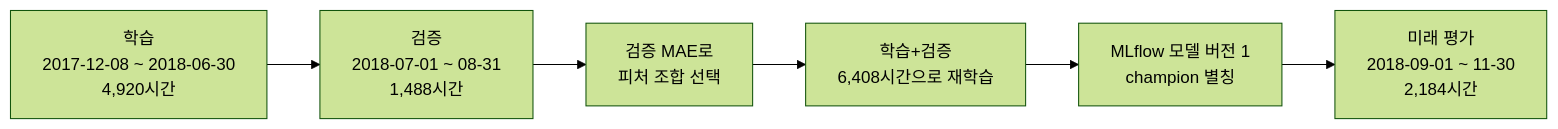
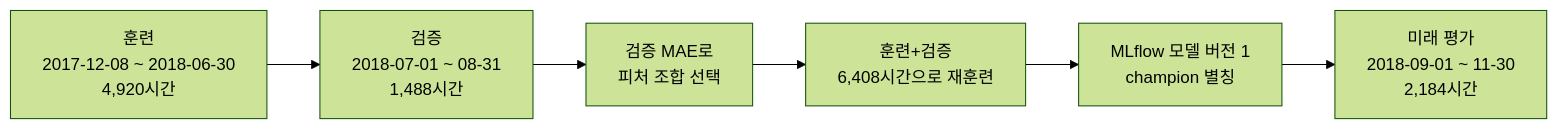
The second of 3 diagrams in blog/2026-10-31-ml-platform-engineering-ch4-5-practice.md (ddiiwoong/newblog), drawn with Mermaid (forest theme) before and after one commit. The commit also changed other lines of this file and 5 other files, not shown here.

````diff
--- a/blog/2026-10-31-ml-platform-engineering-ch4-5-practice.md
+++ b/blog/2026-10-31-ml-platform-engineering-ch4-5-practice.md
@@ -282,8 +282,8 @@
 ```mermaid
 flowchart LR
-    T["학습<br/>2017-12-08 ~ 2018-06-30<br/>4,920시간"] --> V["검증<br/>2018-07-01 ~ 08-31<br/>1,488시간"]
+    T["훈련<br/>2017-12-08 ~ 2018-06-30<br/>4,920시간"] --> V["검증<br/>2018-07-01 ~ 08-31<br/>1,488시간"]
     V --> S["검증 MAE로<br/>피처 조합 선택"]
-    S --> F["학습+검증<br/>6,408시간으로 재학습"]
+    S --> F["훈련+검증<br/>6,408시간으로 재훈련"]
     F --> P["MLflow 모델 버전 1<br/>champion 별칭"]
     P --> E["미래 평가<br/>2018-09-01 ~ 11-30<br/>2,184시간"]
 ```
````
